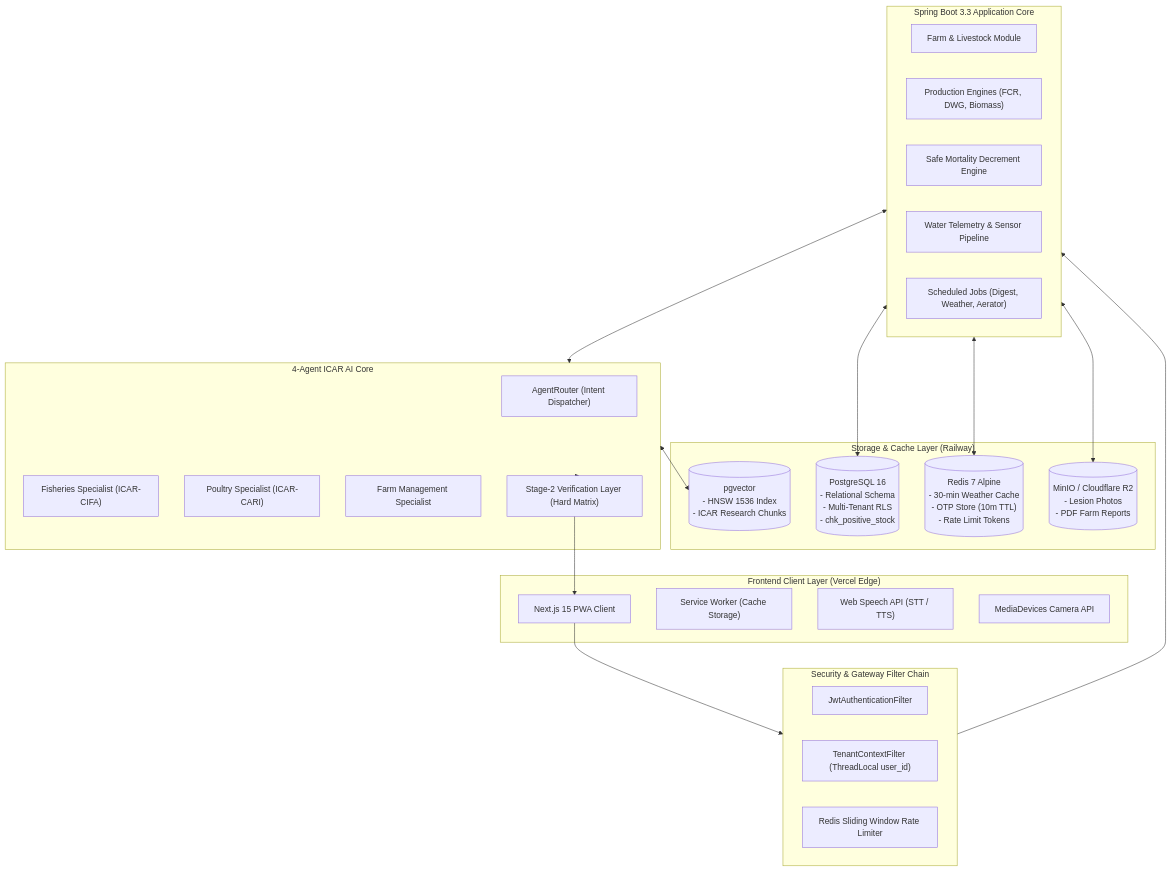
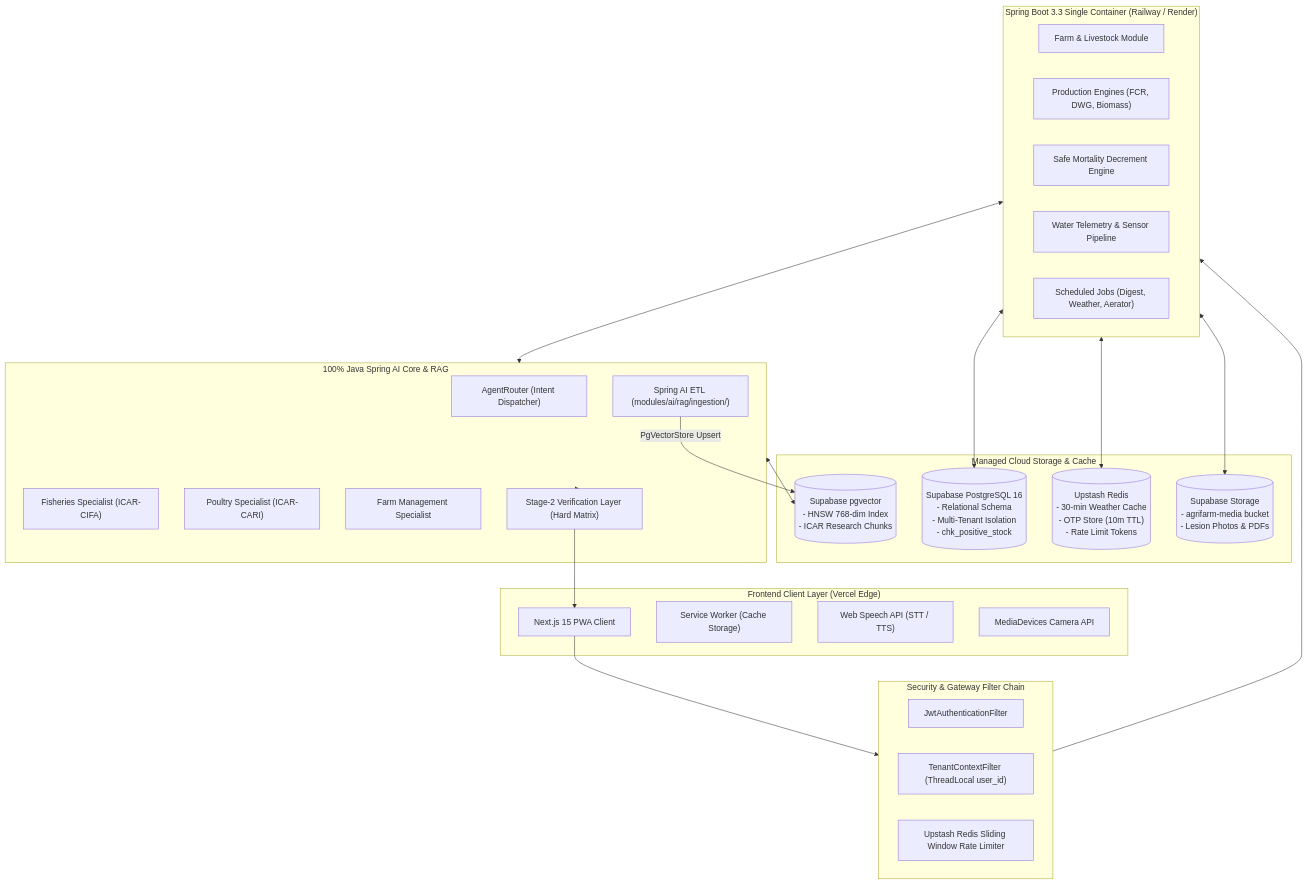
One commit to Mohitkumar7295/Agri-Farm-Assistant changed the diagram in ARCHITECTURE.md. Above: the diagram before and after it, drawn with Mermaid. The commit also changed other lines of this file and 7 other files, not shown here.

Commit message:
docs: align architecture on Supabase + 100% Java Spring AI RAG, add AGENTS.md and ROADMAP.md

````diff
--- a/ARCHITECTURE.md
+++ b/ARCHITECTURE.md
@@ -70,48 +64,50 @@
 ```mermaid
 flowchart TB
     subgraph ClientLayer["Frontend Client Layer (Vercel Edge)"]
         PWA["Next.js 15 PWA Client"]
         SW["Service Worker (Cache Storage)"]
         WebSpeech["Web Speech API (STT / TTS)"]
         CamAPI["MediaDevices Camera API"]
     end
 
     subgraph GatewayLayer["Security & Gateway Filter Chain"]
         JWTFilter["JwtAuthenticationFilter"]
         TenantFilter["TenantContextFilter (ThreadLocal user_id)"]
-        RateLimiter["Redis Sliding Window Rate Limiter"]
+        RateLimiter["Upstash Redis Sliding Window Rate Limiter"]
     end
 
-    subgraph ServiceLayer["Spring Boot 3.3 Application Core"]
+    subgraph ServiceLayer["Spring Boot 3.3 Single Container (Railway / Render)"]
         FarmMod["Farm & Livestock Module"]
         ProdEng["Production Engines (FCR, DWG, Biomass)"]
         SafeMort["Safe Mortality Decrement Engine"]
         TeleEng["Water Telemetry & Sensor Pipeline"]
         SchedEng["Scheduled Jobs (Digest, Weather, Aerator)"]
     end
 
-    subgraph AICore["4-Agent ICAR AI Core"]
+    subgraph AICore["100% Java Spring AI Core & RAG"]
         AgentRouter["AgentRouter (Intent Dispatcher)"]
         FishSpec["Fisheries Specialist (ICAR-CIFA)"]
         PoultSpec["Poultry Specialist (ICAR-CARI)"]
         FarmSpec["Farm Management Specialist"]
+        JavaETL["Spring AI ETL (modules/ai/rag/ingestion/)"]
         Stage2["Stage-2 Verification Layer (Hard Matrix)"]
     end
 
-    subgraph DataLayer["Storage & Cache Layer (Railway)"]
-        PG[("PostgreSQL 16\n- Relational Schema\n- Multi-Tenant RLS\n- chk_positive_stock")]
-        PGV[("pgvector\n- HNSW 1536 Index\n- ICAR Research Chunks")]
-        RedisCache[("Redis 7 Alpine\n- 30-min Weather Cache\n- OTP Store (10m TTL)\n- Rate Limit Tokens")]
-        BlobStore[("MinIO / Cloudflare R2\n- Lesion Photos\n- PDF Farm Reports")]
+    subgraph DataLayer["Managed Cloud Storage & Cache"]
+        PG[("Supabase PostgreSQL 16\n- Relational Schema\n- Multi-Tenant Isolation\n- chk_positive_stock")]
+        PGV[("Supabase pgvector\n- HNSW 768-dim Index\n- ICAR Research Chunks")]
+        RedisCache[("Upstash Redis\n- 30-min Weather Cache\n- OTP Store (10m TTL)\n- Rate Limit Tokens")]
+        BlobStore[("Supabase Storage\n- agrifarm-media bucket\n- Lesion Photos & PDFs")]
     end
 
     PWA --> GatewayLayer
     GatewayLayer --> ServiceLayer
     ServiceLayer <--> AICore
     ServiceLayer <--> PG
     ServiceLayer <--> RedisCache
     ServiceLayer <--> BlobStore
+    JavaETL -->|PgVectorStore Upsert| PGV
     AICore <--> PGV
     AICore --> Stage2
     Stage2 --> PWA
 ```
````
